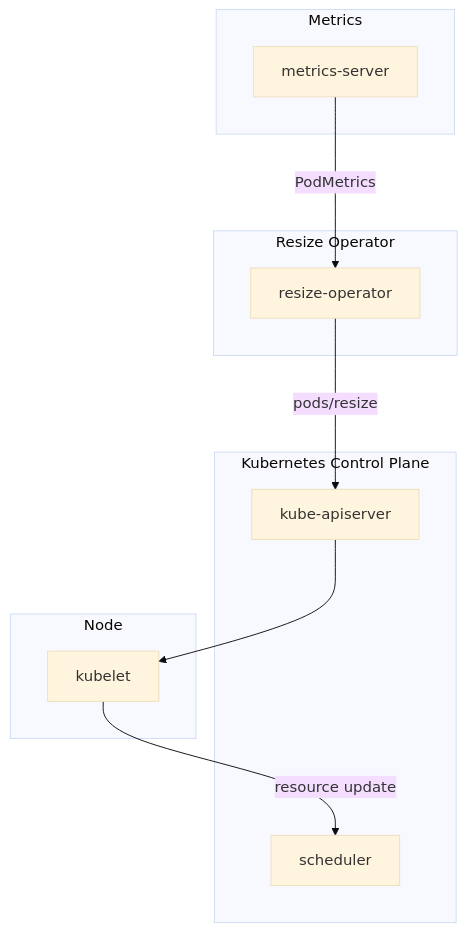
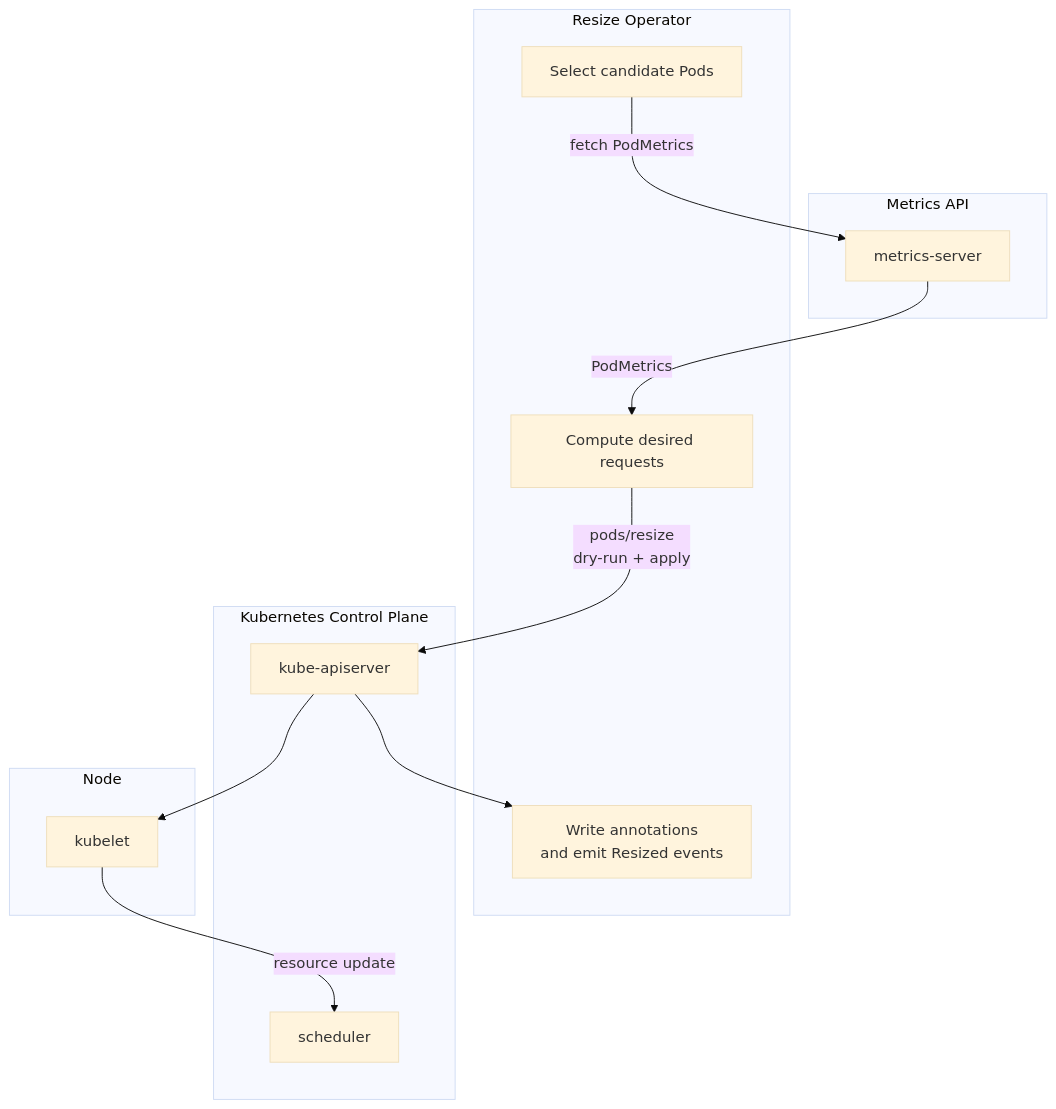
The diagram in README.md (iamhalje/resize-operator), drawn with Mermaid (base theme) before and after one commit.

````diff
--- a/README.md
+++ b/README.md
@@ -27,26 +27,30 @@
 ```mermaid
 %%{init: {'flowchart': {'nodeSpacing': 60, 'rankSpacing': 80}}}%%
 flowchart TB
+
+  subgraph METRICS["Metrics API"]
+    MS[metrics-server]
+  end
+
+  subgraph OPERATOR["Resize Operator"]
+    SEL[Select candidate Pods]
+    CALC[Compute desired requests]
+    REC[Write annotations<br/>and emit Resized events]
+  end
 
   subgraph CONTROL_PLANE["Kubernetes Control Plane"]
     APIS[kube-apiserver]
     SCHED[scheduler]
   end
 
-  subgraph OPERATOR["Resize Operator"]
-    OP[resize-operator]
-  end
-
   subgraph NODE["Node"]
     KUBELET[kubelet]
   end
 
-  subgraph METRICS["Metrics"]
-    MS[metrics-server]
-  end
-
-  MS -->|PodMetrics| OP
-  OP -->|pods/resize| APIS
+  SEL -->|fetch PodMetrics| MS
+  MS -->|PodMetrics| CALC
+  CALC -->|pods/resize<br/>dry-run + apply| APIS
   APIS --> KUBELET
   KUBELET -->|resource update| SCHED
+  APIS --> REC
 ```
````
